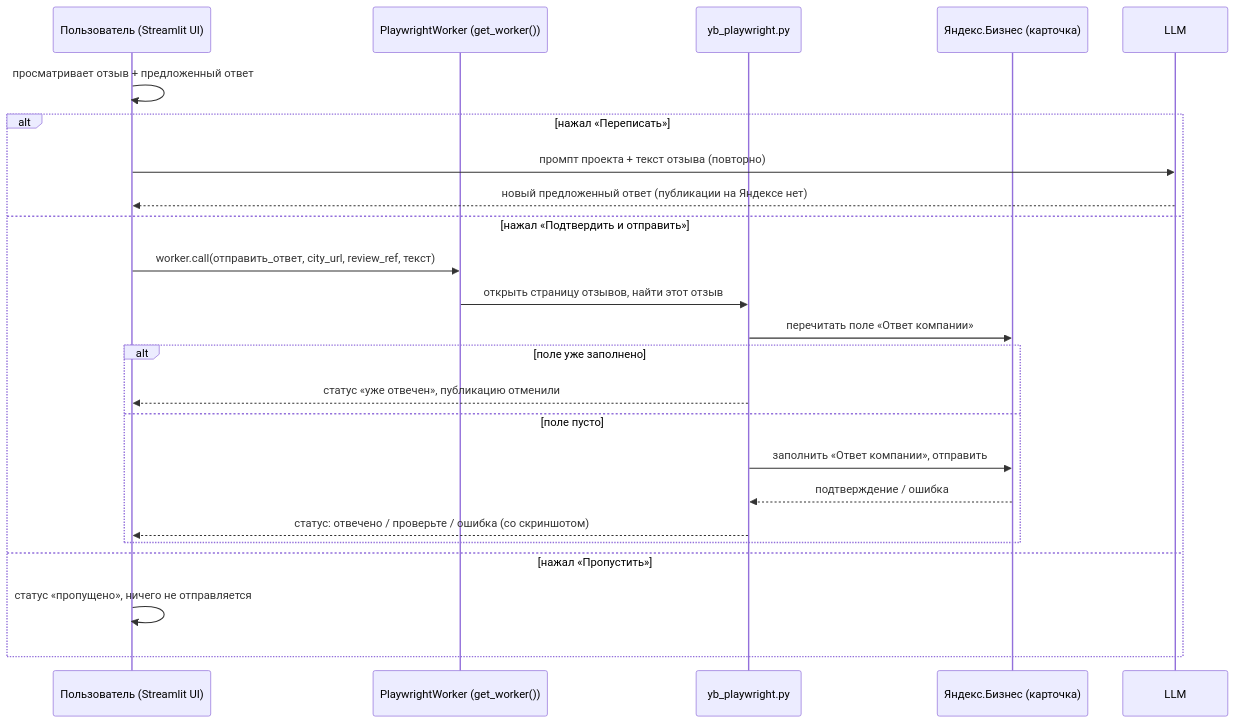
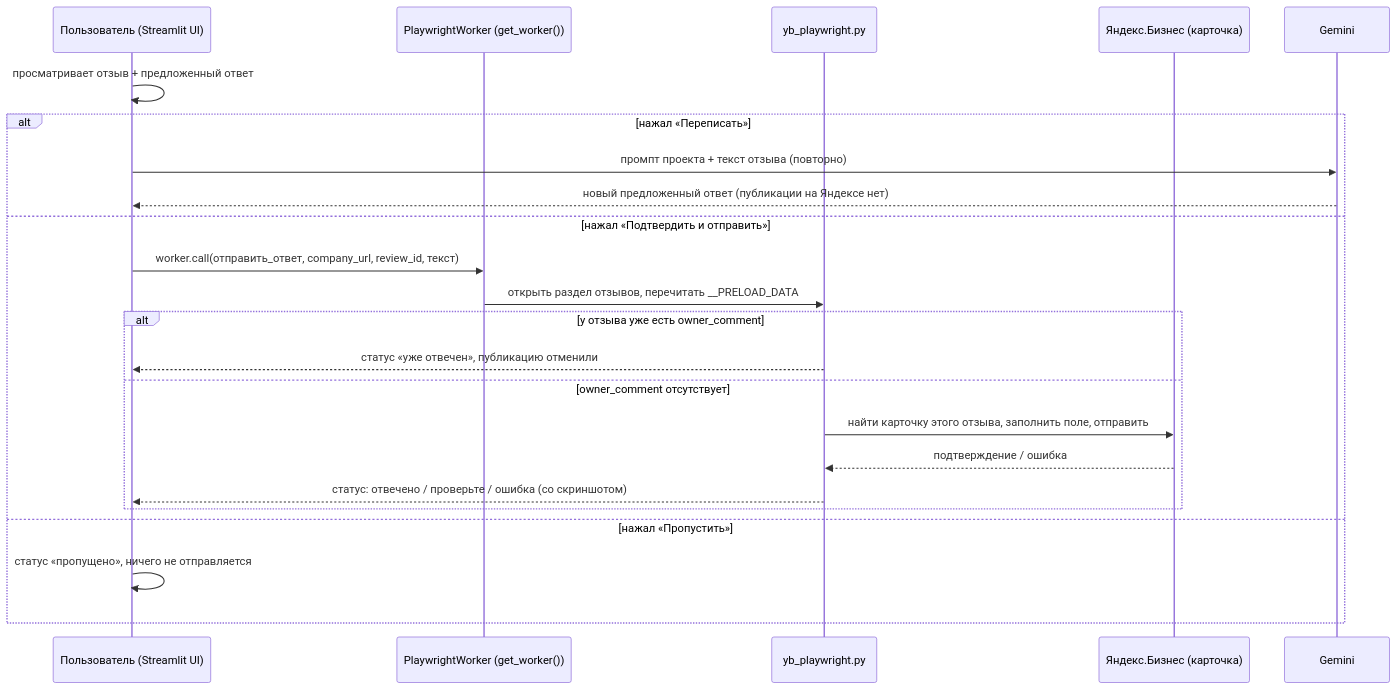
Before and after one commit to mag66530/Click: the fourth of 4 diagrams in ПОСТАНОВКА-Отзывы.md, drawn with Mermaid. The commit also changed other lines of this file and 1 other file, not shown here.

````diff
--- a/ПОСТАНОВКА-Отзывы.md
+++ b/ПОСТАНОВКА-Отзывы.md
@@ -328,27 +368,26 @@
 ```mermaid
 sequenceDiagram
     participant U as Пользователь (Streamlit UI)
     participant PW as PlaywrightWorker (get_worker())
     participant YB as yb_playwright.py
     participant Y as Яндекс.Бизнес (карточка)
-    participant L as LLM
+    participant L as Gemini
 
     U->>U: просматривает отзыв + предложенный ответ
     alt нажал «Переписать»
         U->>L: промпт проекта + текст отзыва (повторно)
         L-->>U: новый предложенный ответ (публикации на Яндексе нет)
     else нажал «Подтвердить и отправить»
-        U->>PW: worker.call(отправить_ответ, city_url, review_ref, текст)
-        PW->>YB: открыть страницу отзывов, найти этот отзыв
-        YB->>Y: перечитать поле «Ответ компании»
-        alt поле уже заполнено
+        U->>PW: worker.call(отправить_ответ, company_url, review_id, текст)
+        PW->>YB: открыть раздел отзывов, перечитать __PRELOAD_DATA
+        alt у отзыва уже есть owner_comment
             YB-->>U: статус «уже отвечен», публикацию отменили
-        else поле пусто
-            YB->>Y: заполнить «Ответ компании», отправить
+        else owner_comment отсутствует
+            YB->>Y: найти карточку этого отзыва, заполнить поле, отправить
             Y-->>YB: подтверждение / ошибка
             YB-->>U: статус: отвечено / проверьте / ошибка (со скриншотом)
         end
     else нажал «Пропустить»
         U->>U: статус «пропущено», ничего не отправляется
     end
 ```
````
